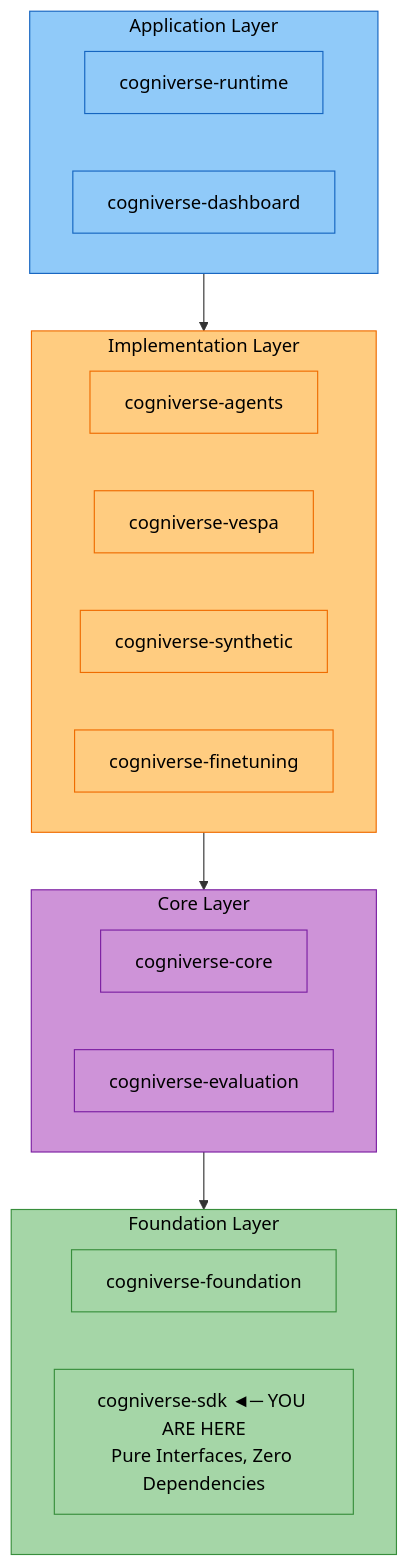
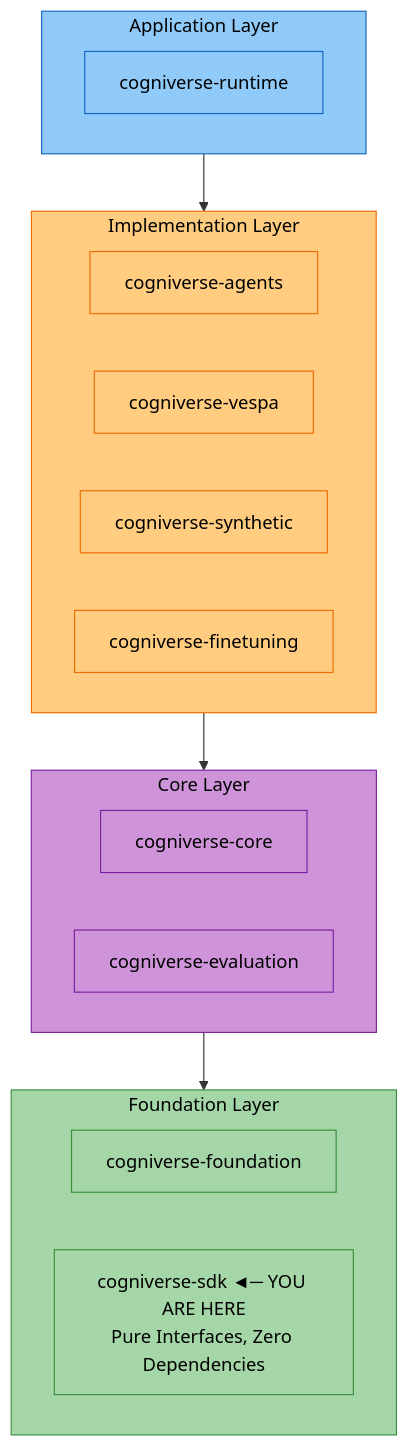
Before and after one commit to amit-jain/cogniverse: the diagram in docs/modules/sdk.md, drawn with Mermaid. The commit also changed other lines of this file and 241 other files, not shown here.

````diff
--- a/docs/modules/sdk.md
+++ b/docs/modules/sdk.md
@@ -47,43 +47,41 @@
 ```mermaid
 flowchart TB
     subgraph AppLayer["<span style='color:#000'>Application Layer</span>"]
         Runtime["<span style='color:#000'>cogniverse-runtime</span>"]
-        Dashboard["<span style='color:#000'>cogniverse-dashboard</span>"]
     end
 
     subgraph ImplLayer["<span style='color:#000'>Implementation Layer</span>"]
         Agents["<span style='color:#000'>cogniverse-agents</span>"]
         Vespa["<span style='color:#000'>cogniverse-vespa</span>"]
         Synthetic["<span style='color:#000'>cogniverse-synthetic</span>"]
         Finetuning["<span style='color:#000'>cogniverse-finetuning</span>"]
     end
 
     subgraph CoreLayer["<span style='color:#000'>Core Layer</span>"]
         Core["<span style='color:#000'>cogniverse-core</span>"]
         Evaluation["<span style='color:#000'>cogniverse-evaluation</span>"]
     end
 
     subgraph FoundationLayer["<span style='color:#000'>Foundation Layer</span>"]
         Foundation["<span style='color:#000'>cogniverse-foundation</span>"]
         SDK["<span style='color:#000'>cogniverse-sdk ◄─ YOU ARE HERE<br/>Pure Interfaces, Zero Dependencies</span>"]
     end
 
     AppLayer --> ImplLayer
     ImplLayer --> CoreLayer
     CoreLayer --> FoundationLayer
 
     style AppLayer fill:#90caf9,stroke:#1565c0,color:#000
     style Runtime fill:#90caf9,stroke:#1565c0,color:#000
-    style Dashboard fill:#90caf9,stroke:#1565c0,color:#000
     style ImplLayer fill:#ffcc80,stroke:#ef6c00,color:#000
     style Agents fill:#ffcc80,stroke:#ef6c00,color:#000
     style Vespa fill:#ffcc80,stroke:#ef6c00,color:#000
     style Synthetic fill:#ffcc80,stroke:#ef6c00,color:#000
     style Finetuning fill:#ffcc80,stroke:#ef6c00,color:#000
     style CoreLayer fill:#ce93d8,stroke:#7b1fa2,color:#000
     style Core fill:#ce93d8,stroke:#7b1fa2,color:#000
     style Evaluation fill:#ce93d8,stroke:#7b1fa2,color:#000
     style FoundationLayer fill:#a5d6a7,stroke:#388e3c,color:#000
     style Foundation fill:#a5d6a7,stroke:#388e3c,color:#000
     style SDK fill:#a5d6a7,stroke:#388e3c,color:#000
 ```
````
